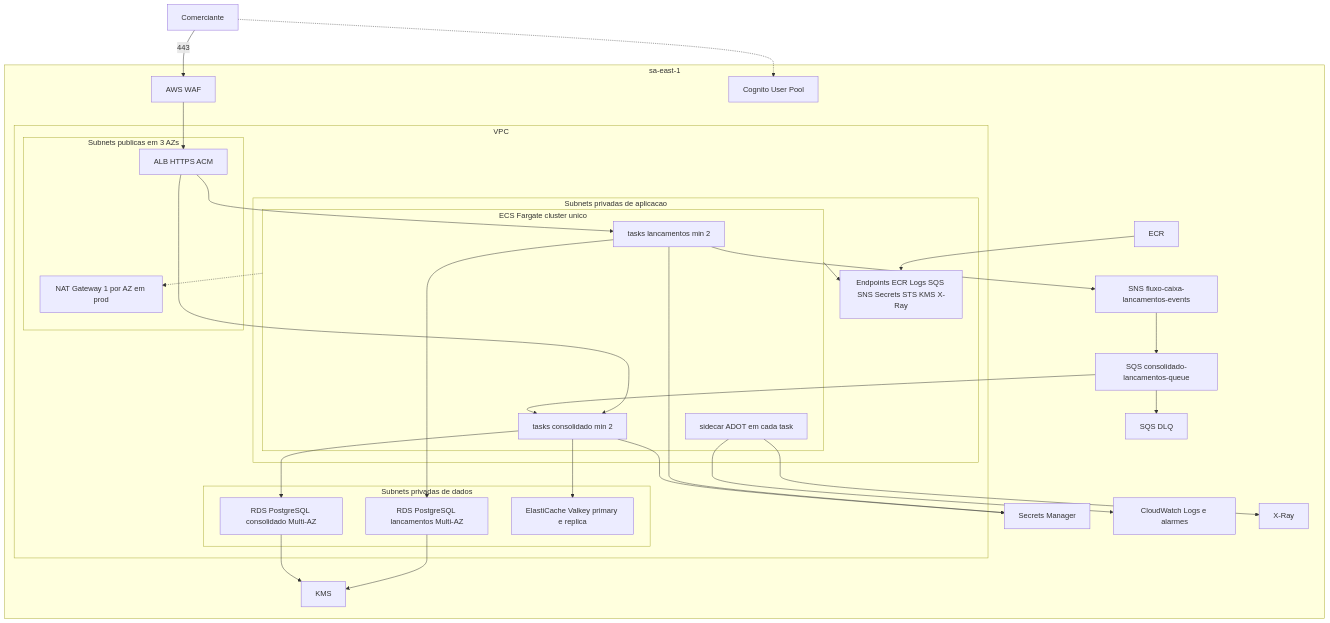
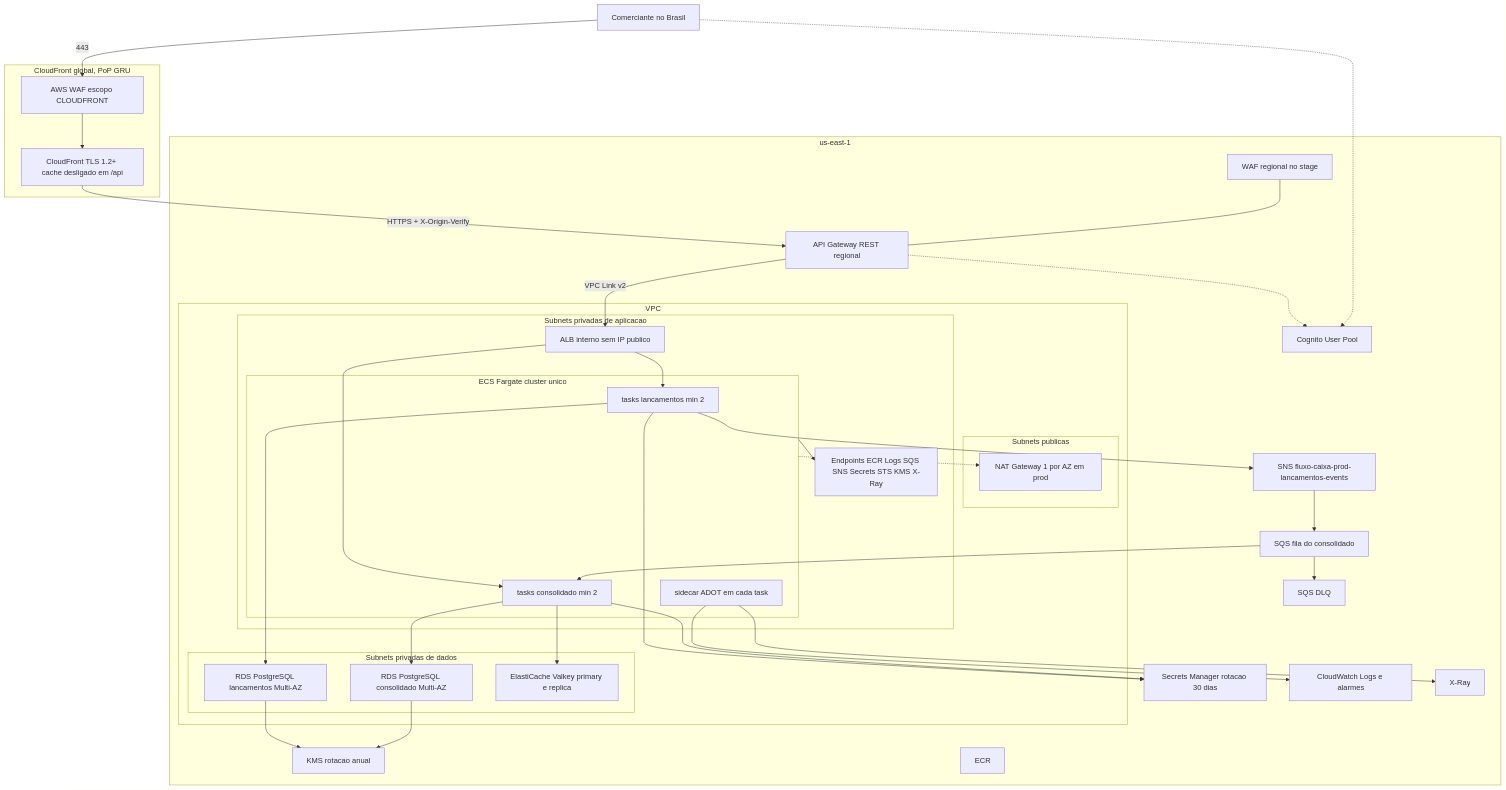
One commit to brunoaquino/fluxo-caixa changed the diagram in docs/03-arquitetura/deployment-aws.md. Above: the diagram before and after it, drawn with Mermaid. The commit also changed other lines of this file and 278 other files, not shown here.

````diff
--- a/docs/03-arquitetura/deployment-aws.md
+++ b/docs/03-arquitetura/deployment-aws.md
@@ -7,54 +7,62 @@
 ```mermaid
 flowchart TB
-  user["Comerciante"]
-  subgraph region["sa-east-1"]
-    waf["AWS WAF"]
+  user["Comerciante no Brasil"]
+  subgraph edge["CloudFront global, PoP GRU"]
+    waf["AWS WAF escopo CLOUDFRONT"]
+    cf["CloudFront TLS 1.2+ cache desligado em /api"]
+  end
+  subgraph region["us-east-1"]
     cognito["Cognito User Pool"]
+    apigw["API Gateway REST regional"]
+    wafReg["WAF regional no stage"]
     subgraph vpc["VPC"]
-      subgraph pub["Subnets publicas em 3 AZs"]
-        alb["ALB HTTPS ACM"]
+      subgraph pub["Subnets publicas"]
         nat["NAT Gateway 1 por AZ em prod"]
       end
       subgraph app["Subnets privadas de aplicacao"]
+        alb["ALB interno sem IP publico"]
         subgraph ecs["ECS Fargate cluster unico"]
           tl["tasks lancamentos min 2"]
           tc["tasks consolidado min 2"]
           adot["sidecar ADOT em cada task"]
         end
         vpce["Endpoints ECR Logs SQS SNS Secrets STS KMS X-Ray"]
       end
       subgraph data["Subnets privadas de dados"]
         rdsL["RDS PostgreSQL lancamentos Multi-AZ"]
         rdsC["RDS PostgreSQL consolidado Multi-AZ"]
         redis["ElastiCache Valkey primary e replica"]
       end
     end
-    sns["SNS fluxo-caixa-lancamentos-events"]
-    sqs["SQS consolidado-lancamentos-queue"]
+    sns["SNS fluxo-caixa-prod-lancamentos-events"]
+    sqs["SQS fila do consolidado"]
     dlq["SQS DLQ"]
-    sm["Secrets Manager"]
-    kms["KMS"]
+    sm["Secrets Manager rotacao 30 dias"]
+    kms["KMS rotacao anual"]
     cw["CloudWatch Logs e alarmes"]
     xray["X-Ray"]
     ecr["ECR"]
   end
-  user -->|"443"| waf --> alb
+  user -->|"443"| waf --> cf
+  cf -->|"HTTPS + X-Origin-Verify"| apigw
+  wafReg --- apigw
+  apigw -->|"VPC Link v2"| alb
+  apigw -.-> cognito
   user -.-> cognito
   alb --> tl
   alb --> tc
   tl --> rdsL
   tl --> sns
   sns --> sqs --> tc
   sqs --> dlq
   tc --> rdsC
   tc --> redis
   tl --> sm
   tc --> sm
   adot --> cw
   adot --> xray
   ecs --> vpce
   ecs -.-> nat
   rdsL --> kms
   rdsC --> kms
-  ecr --> vpce
 ```
````
